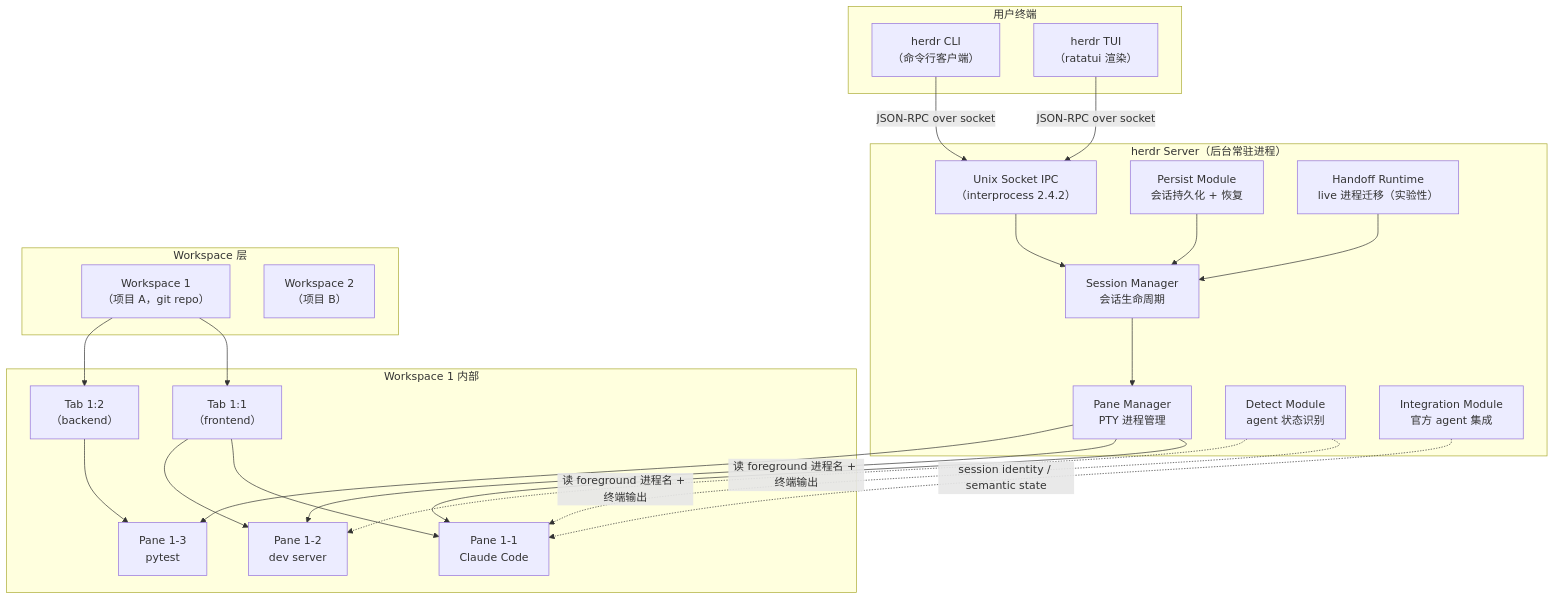
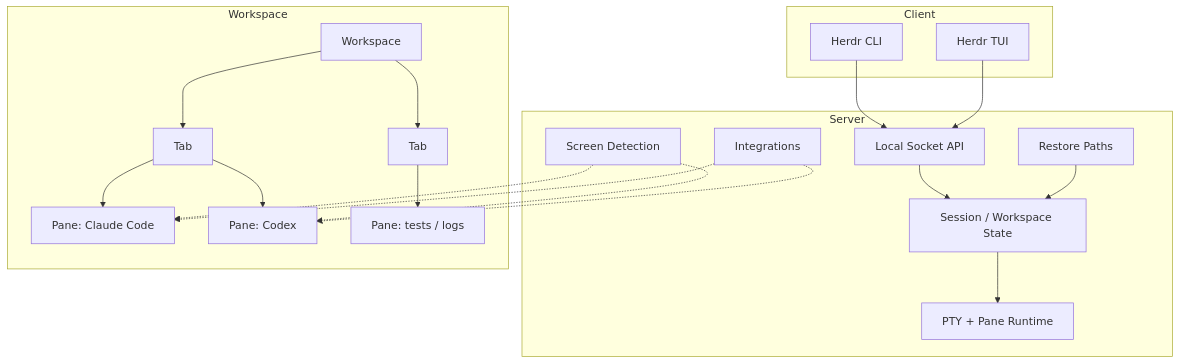
Before and after one commit to A1pha3/text-matrix: the diagram in content/posts/tech/herdr-rust-agent-multiplexer-guide.md, drawn with Mermaid. The commit also changed other lines of this file and 2 other files, not shown here.

````diff
--- a/content/posts/tech/herdr-rust-agent-multiplexer-guide.md
+++ b/content/posts/tech/herdr-rust-agent-multiplexer-guide.md
@@ -75,48 +82,40 @@
 ```mermaid
 graph TB
-    subgraph "用户终端"
-        CLI["herdr CLI<br/>（命令行客户端）"]
-        TUI["herdr TUI<br/>（ratatui 渲染）"]
+    subgraph "Client"
+        TUI["Herdr TUI"]
+        CLI["Herdr CLI"]
     end
 
-    subgraph "herdr Server（后台常驻进程）"
-        IPC["Unix Socket IPC<br/>（interprocess 2.4.2）"]
-        SM["Session Manager<br/>会话生命周期"]
-        PM["Pane Manager<br/>PTY 进程管理"]
-        DM["Detect Module<br/>agent 状态识别"]
-        INT["Integration Module<br/>官方 agent 集成"]
-        PERSIST["Persist Module<br/>会话持久化 + 恢复"]
-        HANDOFF["Handoff Runtime<br/>live 进程迁移（实验性）"]
+    subgraph "Server"
+        IPC["Local Socket API"]
+        SESSION["Session / Workspace State"]
+        PANE["PTY + Pane Runtime"]
+        DETECT["Screen Detection"]
+        INTEG["Integrations"]
+        RESTORE["Restore Paths"]
     end
 
-    subgraph "Workspace 层"
-        W1["Workspace 1<br/>（项目 A，git repo）"]
-        W2["Workspace 2<br/>（项目 B）"]
+    subgraph "Workspace"
+        W["Workspace"]
+        TAB1["Tab"]
+        TAB2["Tab"]
+        P1["Pane: Claude Code"]
+        P2["Pane: Codex"]
+        P3["Pane: tests / logs"]
     end
 
-    subgraph "Workspace 1 内部"
-        T1["Tab 1:1<br/>（frontend）"]
-        T2["Tab 1:2<br/>（backend）"]
-        P1["Pane 1-1<br/>Claude Code"]
-        P2["Pane 1-2<br/>dev server"]
-        P3["Pane 1-3<br/>pytest"]
-    end
-
-    CLI -->|"JSON-RPC over socket"| IPC
-    TUI -->|"JSON-RPC over socket"| IPC
-    IPC --> SM
-    SM --> PM
-    PM --> P1
-    PM --> P2
-    PM --> P3
-    DM -.->|"读 foreground 进程名 + 终端输出"| P1
-    DM -.->|"读 foreground 进程名 + 终端输出"| P2
-    INT -.->|"session identity / semantic state"| P1
-    PERSIST --> SM
-    HANDOFF --> SM
-    W1 --> T1
-    W1 --> T2
-    T1 --> P1
-    T1 --> P2
-    T2 --> P3
+    CLI --> IPC
+    TUI --> IPC
+    IPC --> SESSION
+    SESSION --> PANE
+    DETECT -.-> P1
+    DETECT -.-> P2
+    INTEG -.-> P1
+    INTEG -.-> P2
+    RESTORE --> SESSION
+    W --> TAB1
+    W --> TAB2
+    TAB1 --> P1
+    TAB1 --> P2
+    TAB2 --> P3
 ```
````
